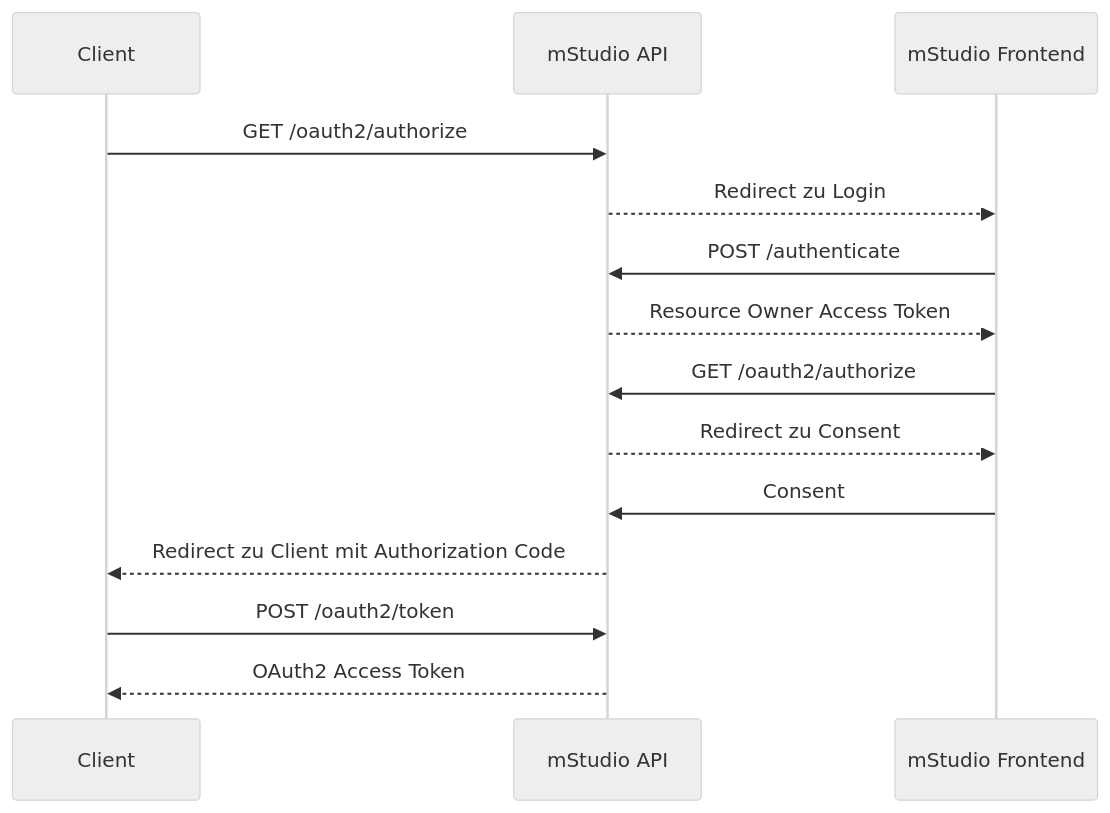
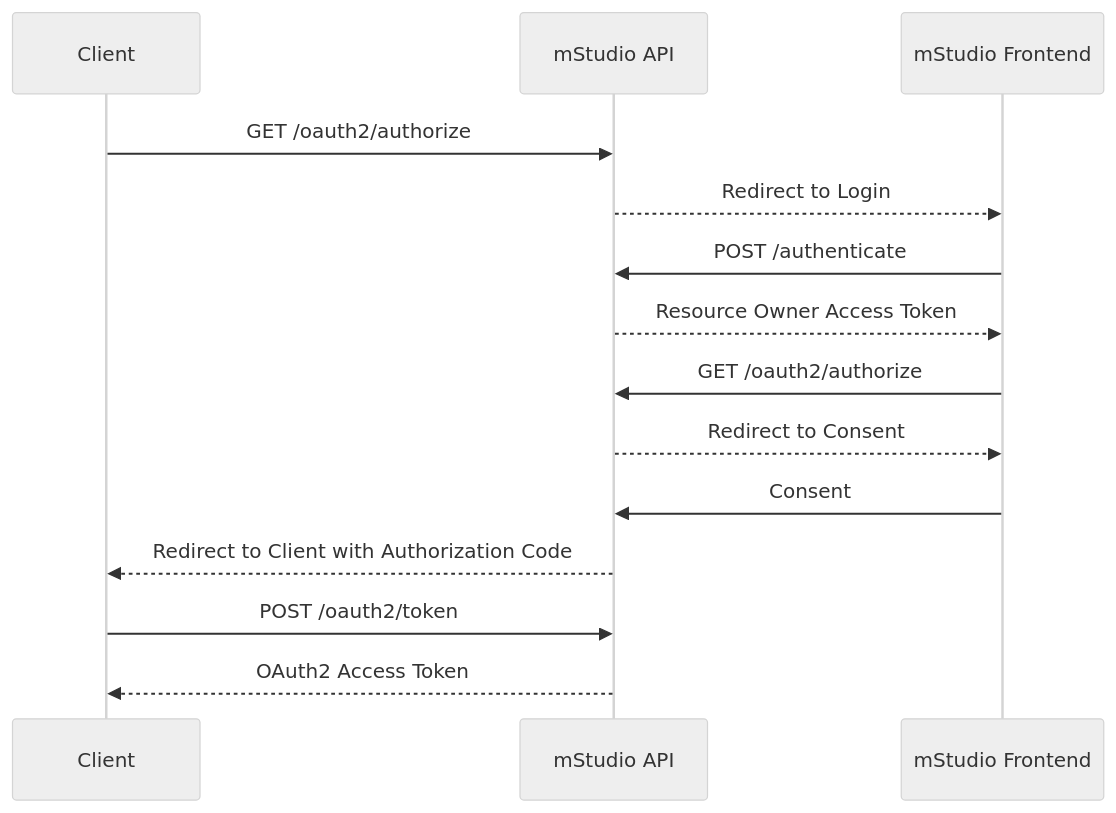
Before and after one commit to mittwald/developer-portal: the first of 2 diagrams in docs/contribution/6-reference/5-api.mdx, drawn with Mermaid (neutral theme). The commit also changed other lines of this file, not shown here.

Commit message:
reference api - OAuth2

````diff
--- a/docs/contribution/6-reference/5-api.mdx
+++ b/docs/contribution/6-reference/5-api.mdx
@@ -52,15 +51,15 @@
 ```mermaid
 sequenceDiagram
 
 Client->>mStudio API: GET /oauth2/authorize
-mStudio API-->>mStudio Frontend: Redirect zu Login
+mStudio API-->>mStudio Frontend: Redirect to Login
 mStudio Frontend->>mStudio API: POST /authenticate
 mStudio API-->>mStudio Frontend: Resource Owner Access Token
 mStudio Frontend->>mStudio API: GET /oauth2/authorize
-mStudio API-->>mStudio Frontend: Redirect zu Consent
+mStudio API-->>mStudio Frontend: Redirect to Consent
 mStudio Frontend->>mStudio API: Consent
-mStudio API-->>Client: Redirect zu Client mit Authorization Code
+mStudio API-->>Client: Redirect to Client with Authorization Code
 Client->>mStudio API: POST /oauth2/token
 mStudio API-->>Client: OAuth2 Access Token
 
 ```
````
